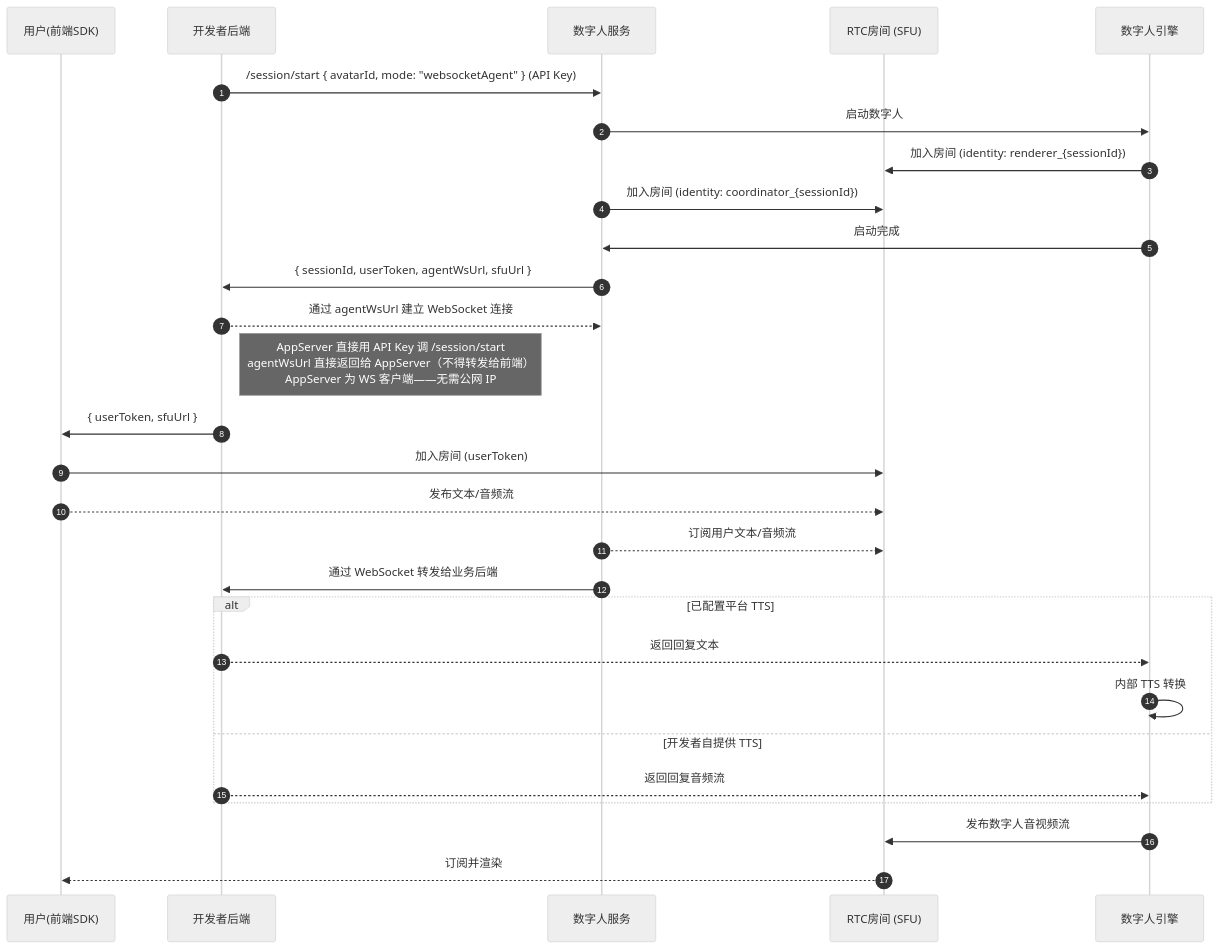
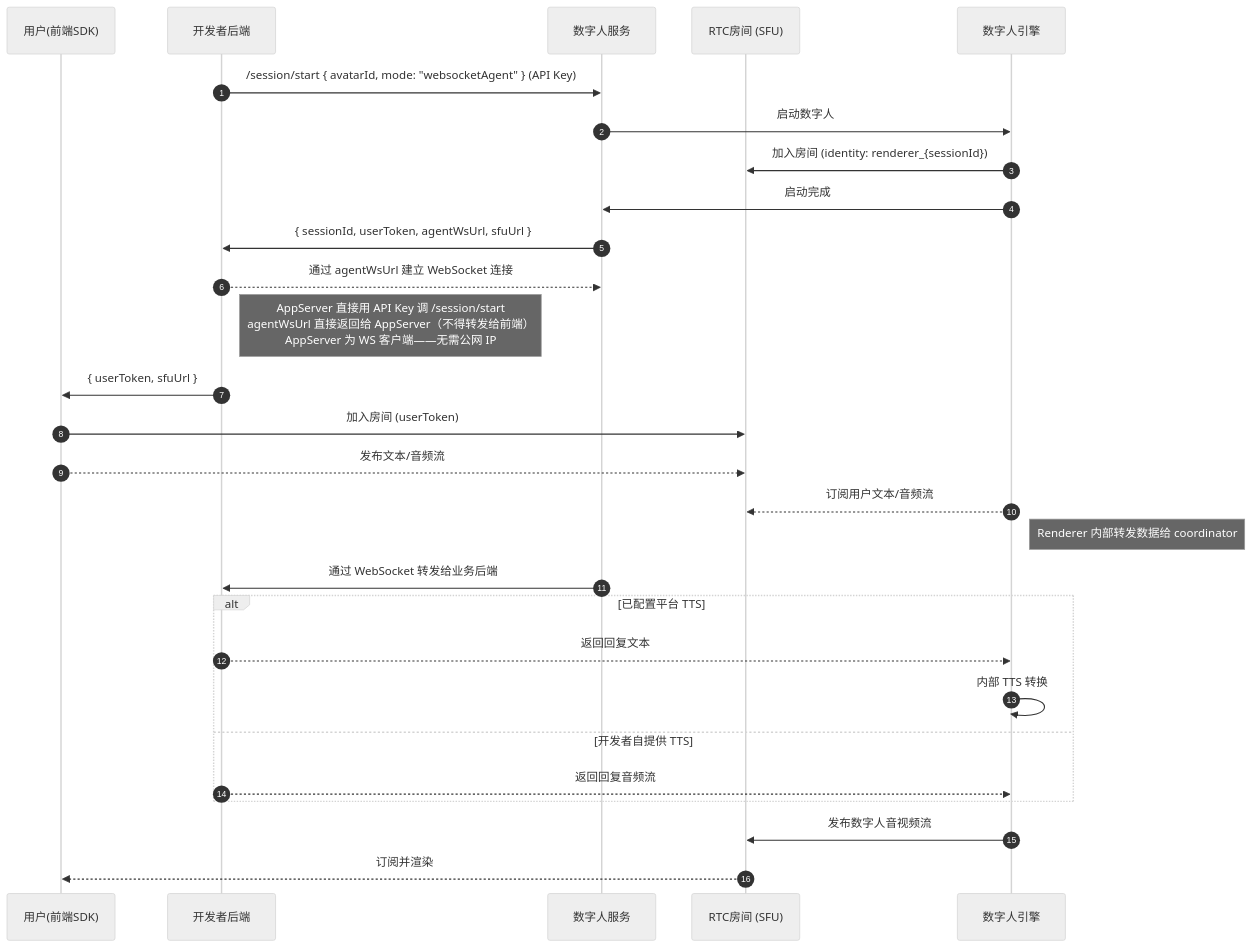
One commit to newportAI-lab/liveavatar-channel changed the first of 2 diagrams in PROTOCOL.zh.md. Above: the diagram before and after it, drawn with Mermaid (neutral theme). The commit also changed other lines of this file and 1 other file, not shown here.

Commit message:
remove  coordinator from participants

````diff
--- a/PROTOCOL.zh.md
+++ b/PROTOCOL.zh.md
@@ -76,35 +76,35 @@
 ```mermaid
 sequenceDiagram
     autonumber
     participant User as 用户(前端SDK)
     participant AppServer as 开发者后端
     participant Platform as 数字人服务
     participant RTC as RTC房间 (SFU)
     participant Avatar as 数字人引擎
 
     AppServer->>Platform: /session/start { avatarId, mode: "websocketAgent" } (API Key)
     Platform->>Avatar: 启动数字人
     Avatar->>RTC: 加入房间 (identity: renderer_{sessionId})
-    Platform->>RTC: 加入房间 (identity: coordinator_{sessionId})
     Avatar->>Platform: 启动完成
     Platform->>AppServer: { sessionId, userToken, agentWsUrl, sfuUrl }
     AppServer-->>Platform: 通过 agentWsUrl 建立 WebSocket 连接
     Note right of AppServer: AppServer 直接用 API Key 调 /session/start<br/>agentWsUrl 直接返回给 AppServer（不得转发给前端）<br/>AppServer 为 WS 客户端——无需公网 IP
     AppServer->>User: { userToken, sfuUrl }
 
     User->>RTC: 加入房间 (userToken)
     User-->>RTC: 发布文本/音频流
 
-    Platform-->>RTC: 订阅用户文本/音频流
+    Avatar-->>RTC: 订阅用户文本/音频流
+    Note right of Avatar: Renderer 内部转发数据给 coordinator
     Platform->>AppServer: 通过 WebSocket 转发给业务后端
 
     alt 已配置平台 TTS
         AppServer-->>Avatar: 返回回复文本
         Avatar->>Avatar: 内部 TTS 转换
     else 开发者自提供 TTS
         AppServer-->>Avatar: 返回回复音频流
     end
 
     Avatar->>RTC: 发布数字人音视频流
     RTC-->>User: 订阅并渲染
 ```
````
